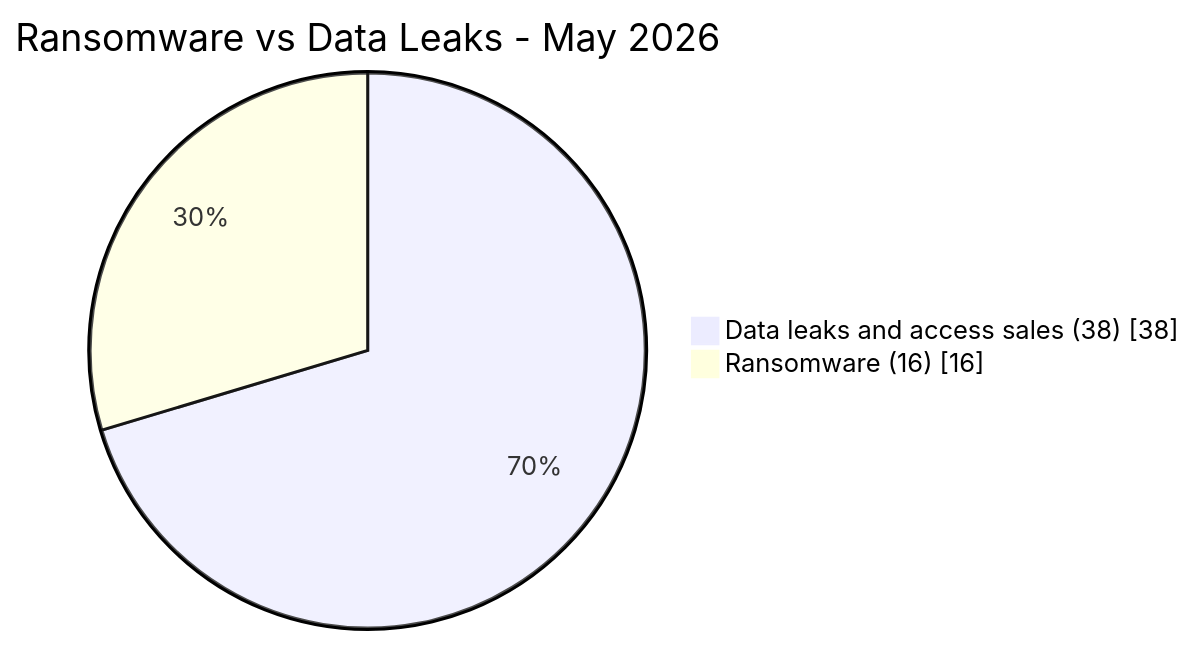
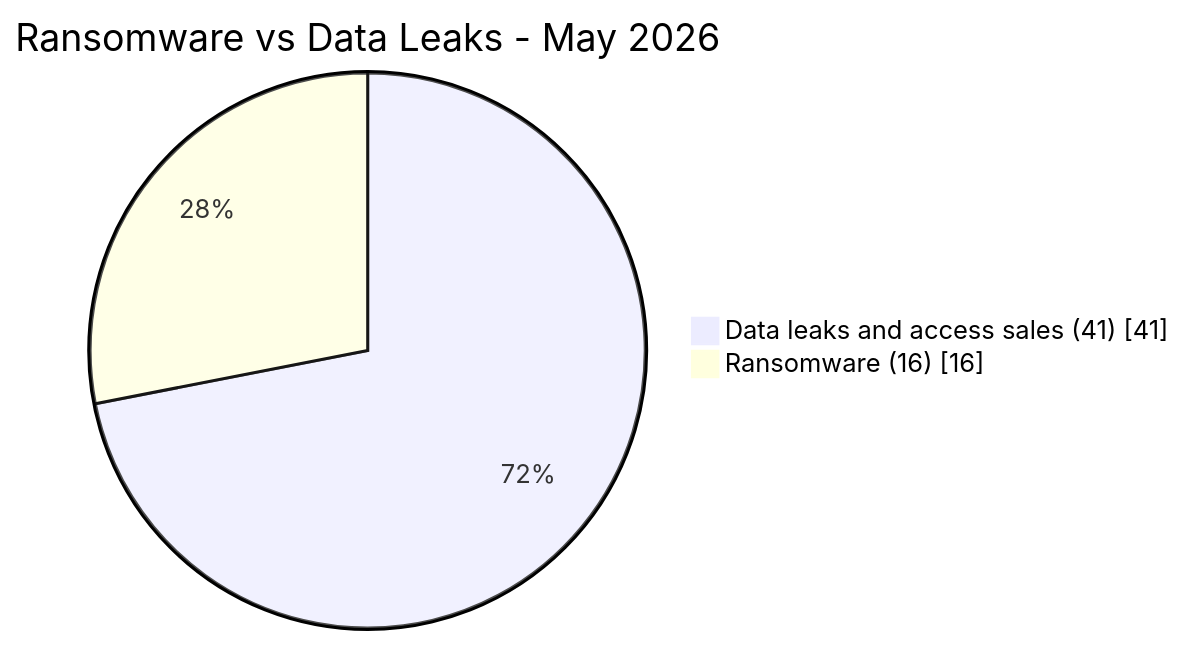
One commit to Hatchepsoute/AFRINTEL changed the first of 3 diagrams in visual-intelligence/05-may/ransomware-vs-leaks_may_2026.md. Above: the diagram before and after it, drawn with Mermaid. The commit also changed other lines of this file and 28 other files, not shown here.

````diff
--- a/visual-intelligence/05-may/ransomware-vs-leaks_may_2026.md
+++ b/visual-intelligence/05-may/ransomware-vs-leaks_may_2026.md
@@ -4,6 +4,6 @@
 ```mermaid
 pie showData
     title Ransomware vs Data Leaks - May 2026
-    "Data leaks and access sales (38)" : 38
+    "Data leaks and access sales (41)" : 41
     "Ransomware (16)" : 16
 ```
````
